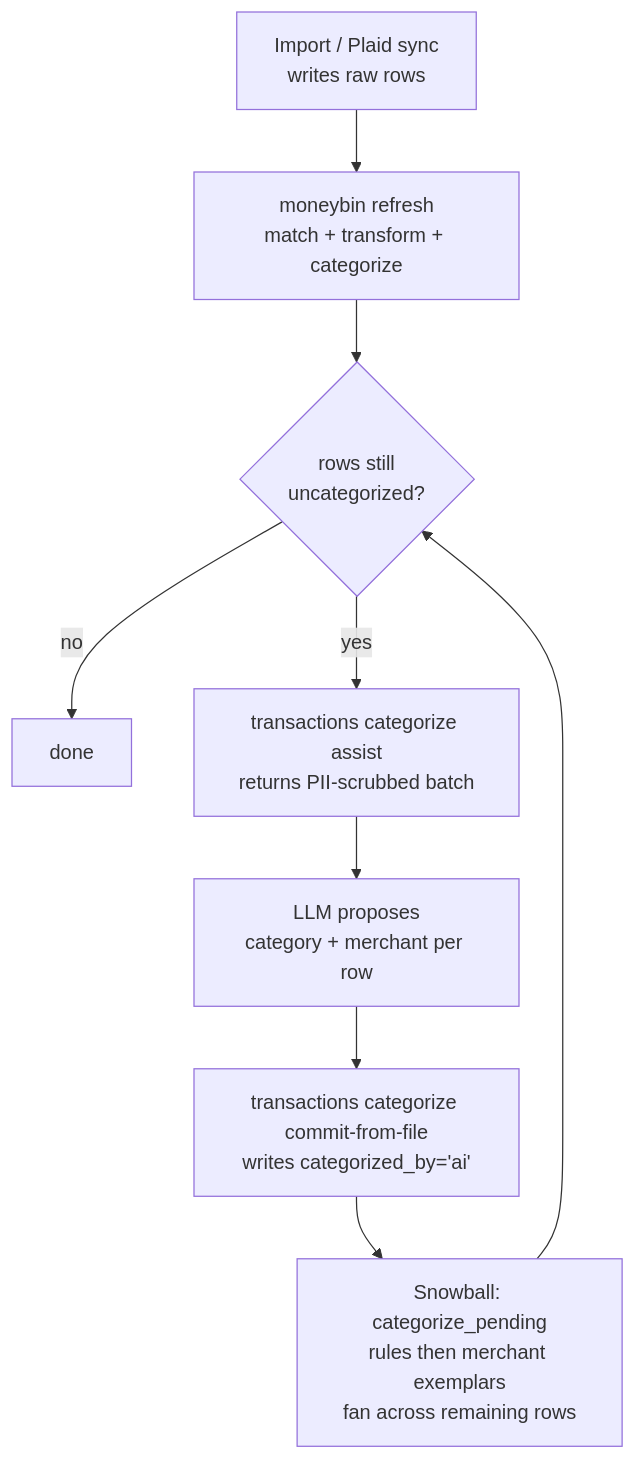
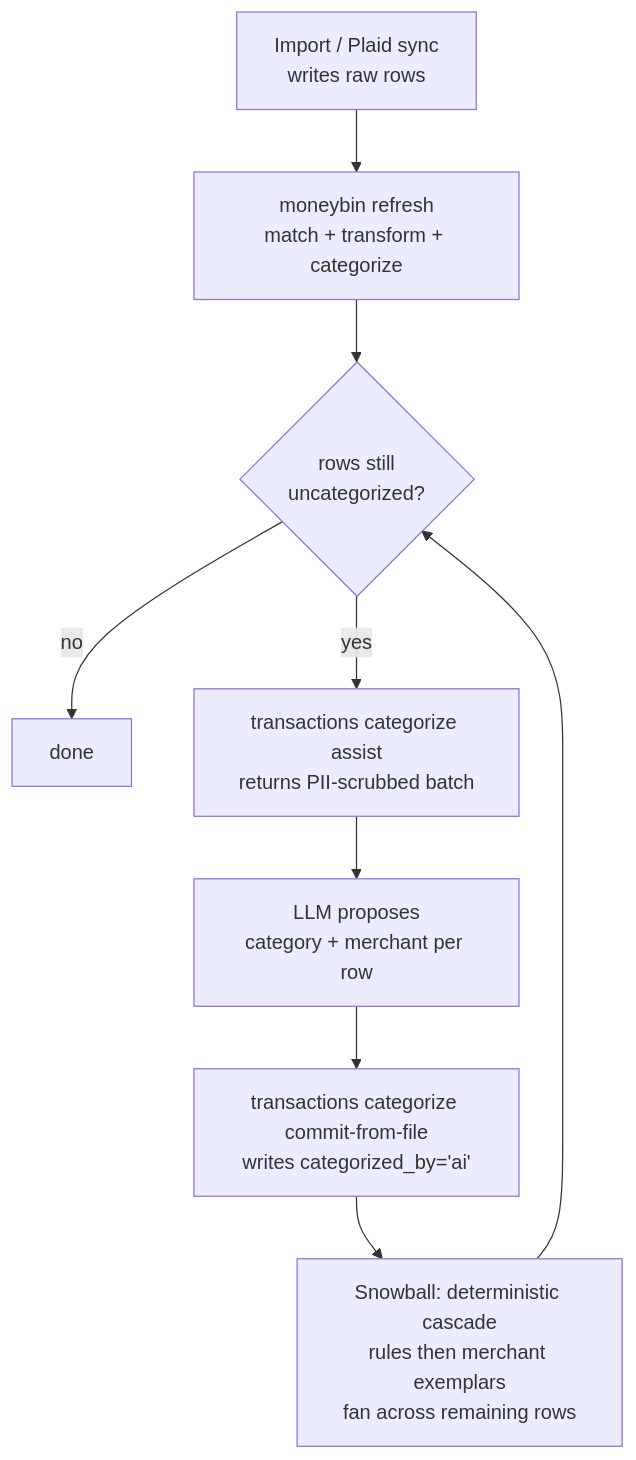
The diagram in docs/guides/categorization.md (bsaffel/moneybin), drawn with Mermaid before and after one commit. The commit also changed other lines of this file and 307 other files, not shown here.

````diff
--- a/docs/guides/categorization.md
+++ b/docs/guides/categorization.md
@@ -42,11 +42,11 @@
 ```mermaid
 flowchart TD
     A[Import / Plaid sync<br/>writes raw rows] --> B[moneybin refresh<br/>match + transform + categorize]
     B --> C{rows still<br/>uncategorized?}
     C -->|no| END[done]
     C -->|yes| D[transactions categorize assist<br/>returns PII-scrubbed batch]
     D --> E[LLM proposes<br/>category + merchant per row]
     E --> F[transactions categorize commit-from-file<br/>writes categorized_by='ai']
-    F --> G[Snowball: categorize_pending<br/>rules then merchant exemplars<br/>fan across remaining rows]
+    F --> G[Snowball: deterministic cascade<br/>rules then merchant exemplars<br/>fan across remaining rows]
     G --> C
 ```
````
